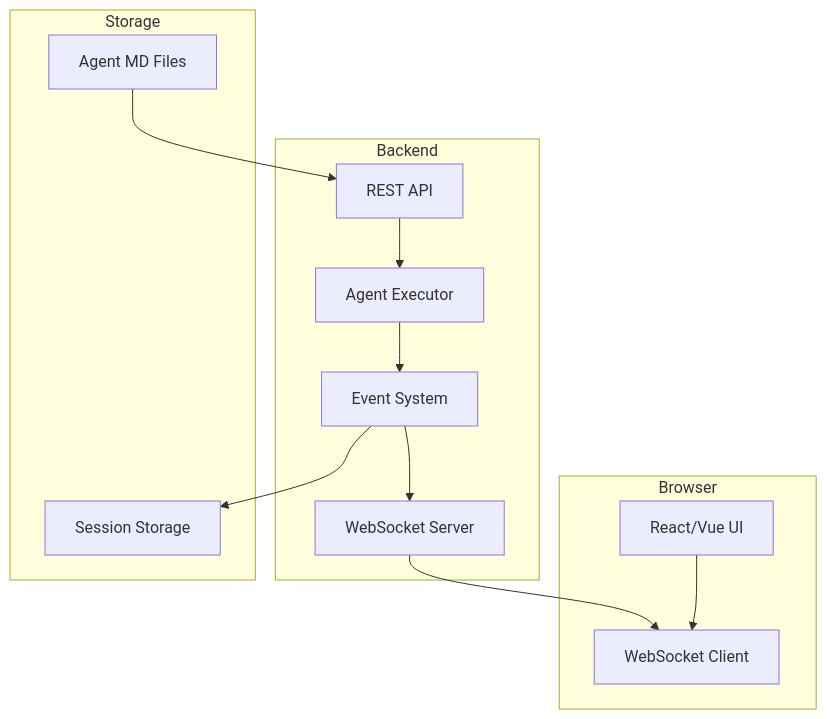
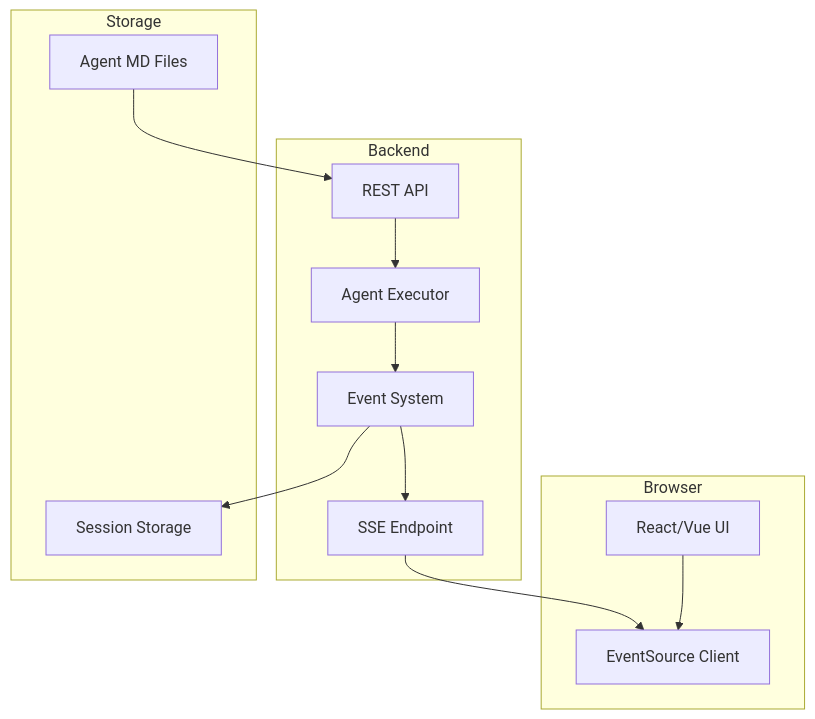
The diagram in docs/web-ui-event-architecture.md (nielspeter/agent-orchestration-system), drawn with Mermaid before and after one commit. The commit also changed other lines of this file and 314 other files, not shown here.

````diff
--- a/docs/web-ui-event-architecture.md
+++ b/docs/web-ui-event-architecture.md
@@ -154,28 +162,28 @@
 ```mermaid
 graph TB
     subgraph Browser
         UI[React/Vue UI]
-        WS[WebSocket Client]
-        UI --> WS
+        ES[EventSource Client]
+        UI --> ES
     end
 
     subgraph Backend
         API[REST API]
-        WSS[WebSocket Server]
+        SSE[SSE Endpoint]
         EXE[Agent Executor]
         EVT[Event System]
 
         API --> EXE
         EXE --> EVT
-        EVT --> WSS
-        WSS --> WS
+        EVT --> SSE
+        SSE --> ES
     end
 
     subgraph Storage
         MD[Agent MD Files]
         SESS[Session Storage]
 
         MD --> API
         EVT --> SESS
     end
 ```
````
